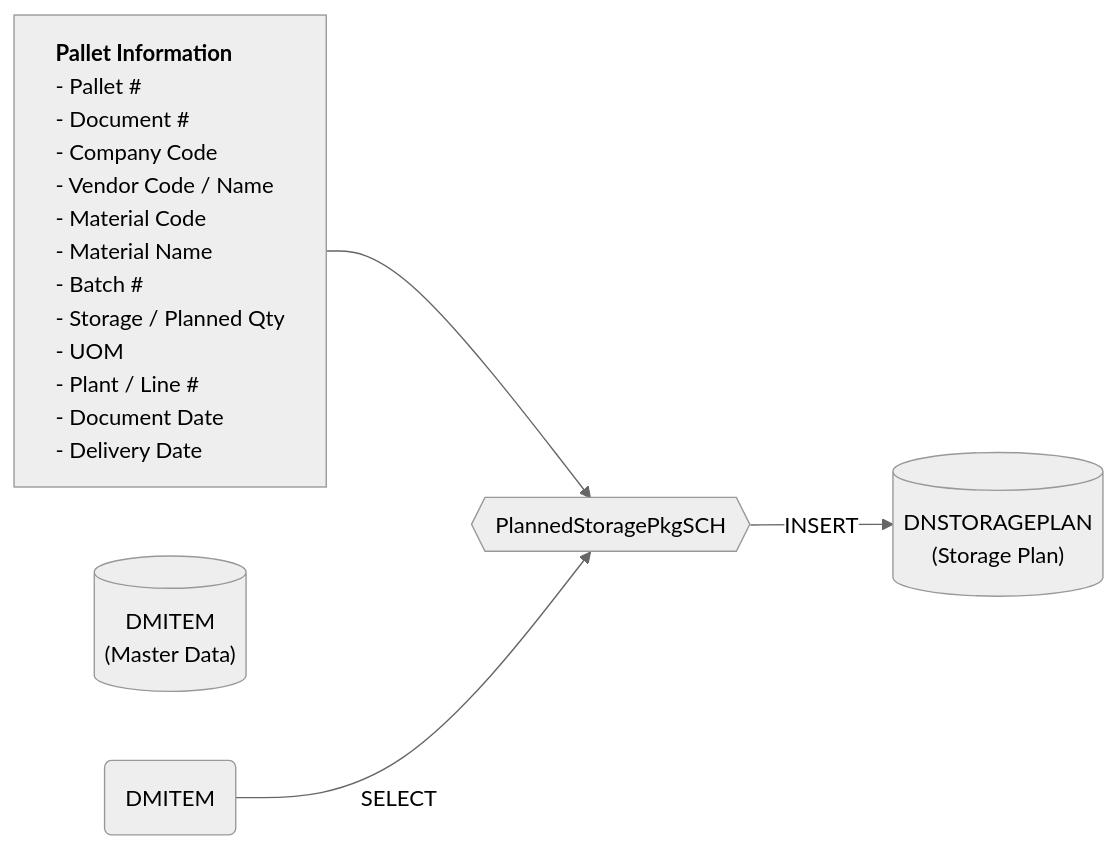
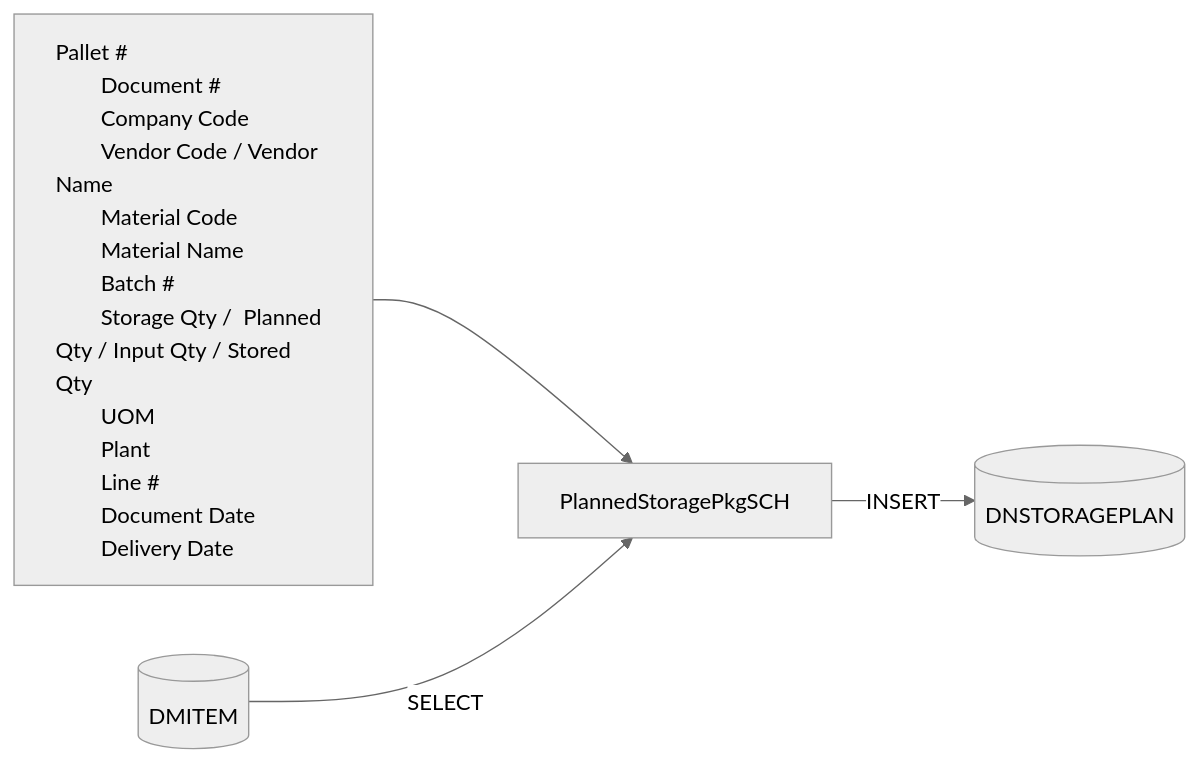
The first of 2 diagrams in Basic-Design/DFD-WMS/Storage/[SCREEN-ONLY]-Planned-Storage-Packaging-Material.md (luthfiadityaa/SimeDarby-Wiki), drawn with Mermaid (neutral theme) before and after one commit.

Commit message:
Updated [SCREEN ONLY] Planned Storage Packaging Material

```diff
--- a/Basic-Design/DFD-WMS/Storage/[SCREEN-ONLY]-Planned-Storage-Packaging-Material.md
+++ b/Basic-Design/DFD-WMS/Storage/[SCREEN-ONLY]-Planned-Storage-Packaging-Material.md
@@ -35,19 +35,34 @@
 ::: mermaid
 flowchart LR
-    input["<b>Pallet Information</b><br/>- Pallet #<br/>- Document #<br/>- Company Code<br/>- Vendor Code / Name<br/>- Material Code<br/>- Material Name<br/>- Batch #<br/>- Storage / Planned Qty<br/>- UOM<br/>- Plant / Line #<br/>- Document Date<br/>- Delivery Date"]
+    input[
+        Pallet #
+        Document #
+        Company Code
+        Vendor Code / Vendor Name
+        Material Code
+        Material Name
+        Batch #
+        Storage Qty /  Planned Qty / Input Qty / Stored Qty
+        UOM
+        Plant
+        Line #
+        Document Date
+        Delivery Date
+    ]
 
-    %% Database Tables
-    DMITEM[("DMITEM<br/>(Master Data)")]
-    DNSTORAGEPLAN[("DNSTORAGEPLAN<br/>(Storage Plan)")]
+    tableList-select[("
+        DMITEM
+    ")]
 
-    %% Logic Class
-    className{{"PlannedStoragePkgSCH"}}
+    tableList-insert[("
+        DNSTORAGEPLAN
+    ")]
 
-    %% Flow
-    input --> className
-    tableList-select("DMITEM") --> |SELECT| className 
-    className --> |INSERT| DNSTORAGEPLAN
+    className[PlannedStoragePkgSCH]
 
-    %% Styling for Left Alignment
-    style input text-align:left
+    input --> className--> |INSERT| tableList-insert
+    tableList-select--> |SELECT| className 
+
+style input text-align:left
+
 :::
```
